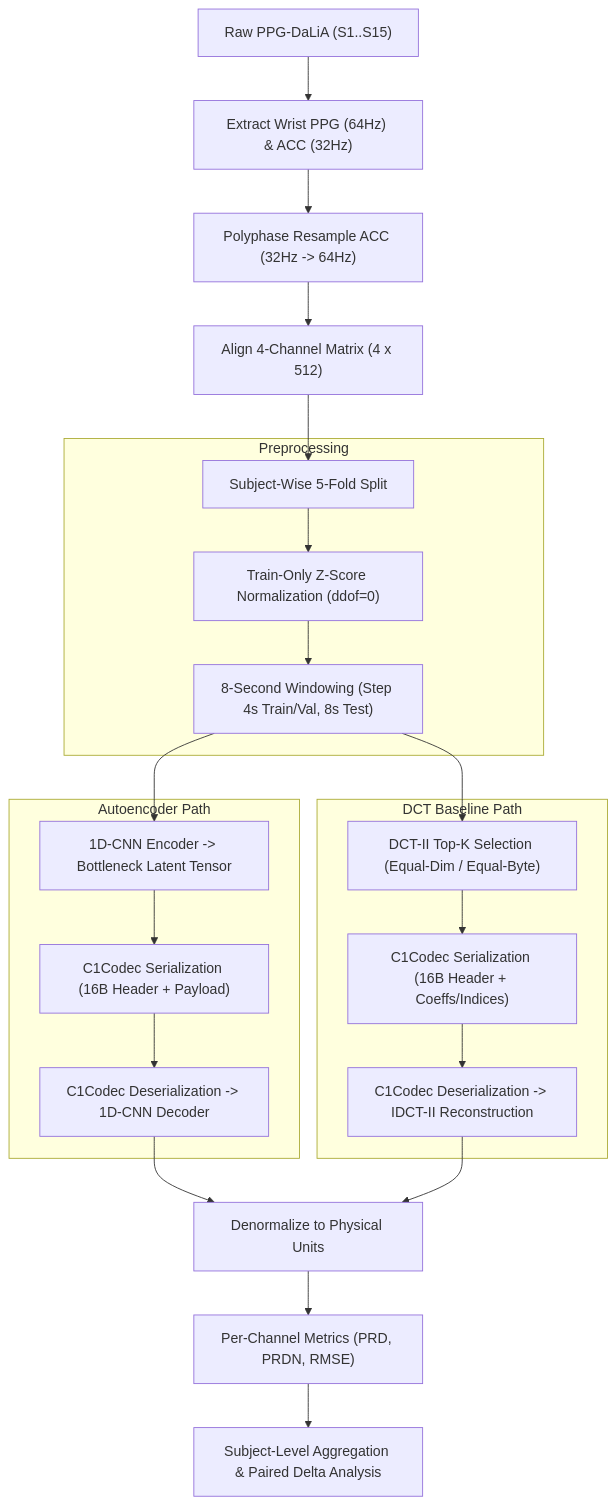
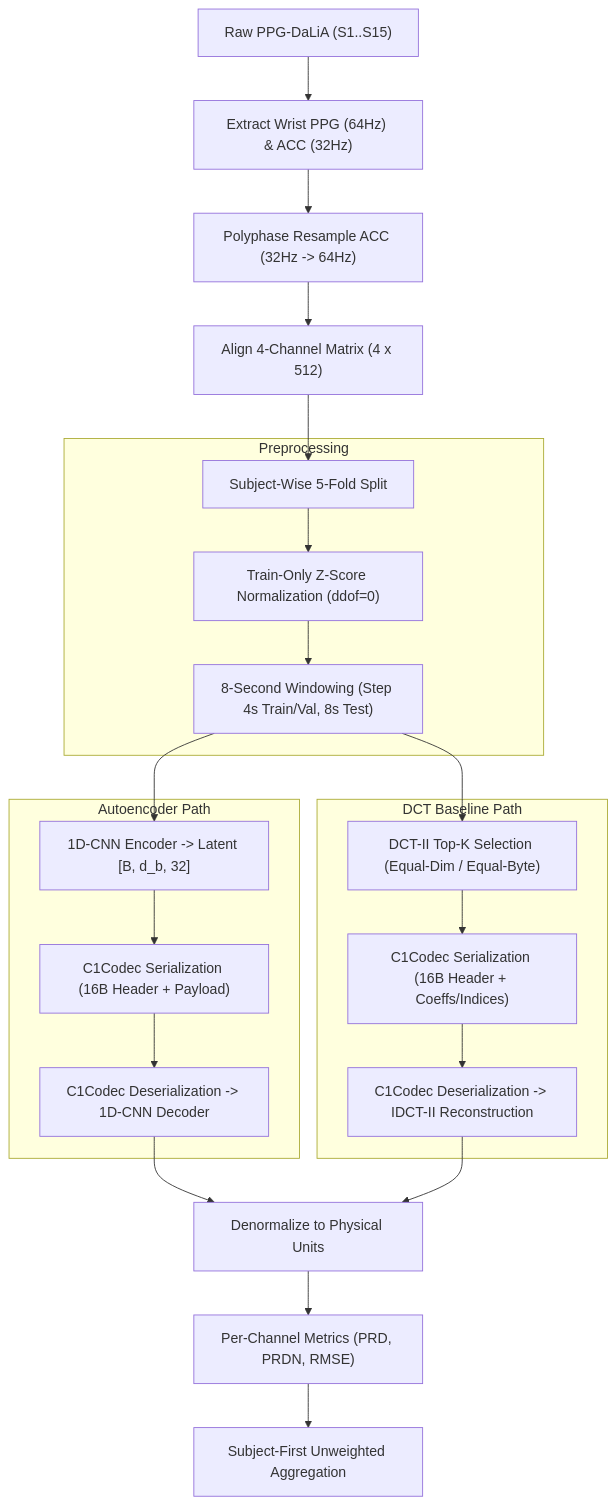
Before and after one commit to sai-ctruong/iot_C1_AE_DCT: the diagram in C1_AE_DCT/README.md, drawn with Mermaid. The commit also changed other lines of this file and 30 other files, not shown here.

````diff
--- a/C1_AE_DCT/README.md
+++ b/C1_AE_DCT/README.md
@@ -39,29 +64,29 @@
 ```mermaid
 flowchart TD
     A["Raw PPG-DaLiA (S1..S15)"] --> B["Extract Wrist PPG (64Hz) & ACC (32Hz)"]
     B --> C["Polyphase Resample ACC (32Hz -> 64Hz)"]
     C --> D["Align 4-Channel Matrix (4 x 512)"]
     D --> E["Subject-Wise 5-Fold Split"]
     
     subgraph Preprocessing
         E --> F["Train-Only Z-Score Normalization (ddof=0)"]
         F --> G["8-Second Windowing (Step 4s Train/Val, 8s Test)"]
     end
     
     subgraph Autoencoder Path
-        G --> H["1D-CNN Encoder -> Bottleneck Latent Tensor"]
+        G --> H["1D-CNN Encoder -> Latent [B, d_b, 32]"]
         H --> I["C1Codec Serialization (16B Header + Payload)"]
         I --> J["C1Codec Deserialization -> 1D-CNN Decoder"]
     end
 
     subgraph DCT Baseline Path
         G --> K["DCT-II Top-K Selection (Equal-Dim / Equal-Byte)"]
         K --> L["C1Codec Serialization (16B Header + Coeffs/Indices)"]
         L --> M["C1Codec Deserialization -> IDCT-II Reconstruction"]
     end
 
     J --> N["Denormalize to Physical Units"]
     M --> N
     N --> O["Per-Channel Metrics (PRD, PRDN, RMSE)"]
-    O --> P["Subject-Level Aggregation & Paired Delta Analysis"]
+    O --> P["Subject-First Unweighted Aggregation"]
 ```
````
